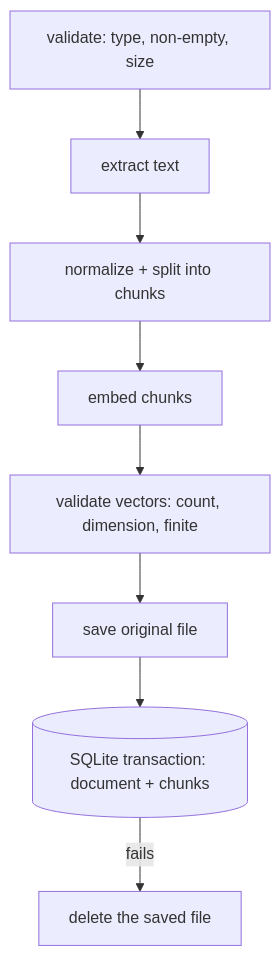
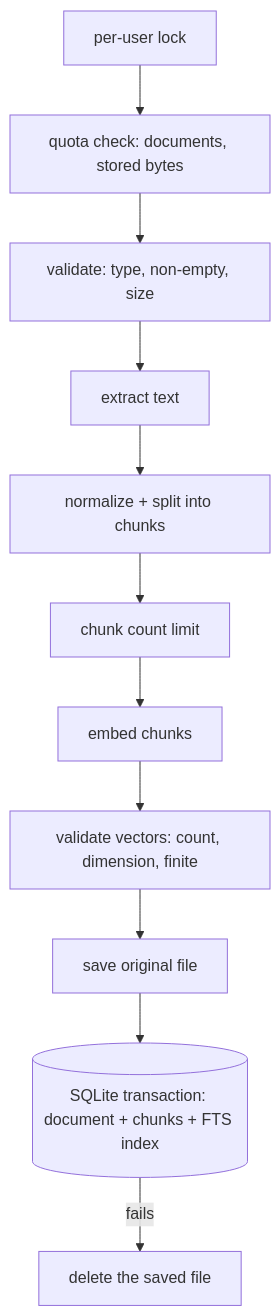
The second of 3 diagrams in README.md (AlexTikhon/ai-assistant-tg-bot), drawn with Mermaid before and after one commit. The commit also changed other lines of this file and 17 other files, not shown here.

First line of the commit message:
feat: per-user limits, rate limiting, concurrency guards and summary overlap trimming

````diff
--- a/README.md
+++ b/README.md
@@ -91,10 +99,13 @@
 ```mermaid
 flowchart TD
-  A[validate: type, non-empty, size] --> B[extract text]
+  L[per-user lock] --> Q[quota check: documents, stored bytes]
+  Q --> A[validate: type, non-empty, size]
+  A --> B[extract text]
   B --> C[normalize + split into chunks]
-  C --> D[embed chunks]
+  C --> K[chunk count limit]
+  K --> D[embed chunks]
   D --> E[validate vectors: count, dimension, finite]
   E --> F[save original file]
-  F --> G[(SQLite transaction: document + chunks)]
+  F --> G[(SQLite transaction: document + chunks + FTS index)]
   G -- fails --> H[delete the saved file]
 ```
````
